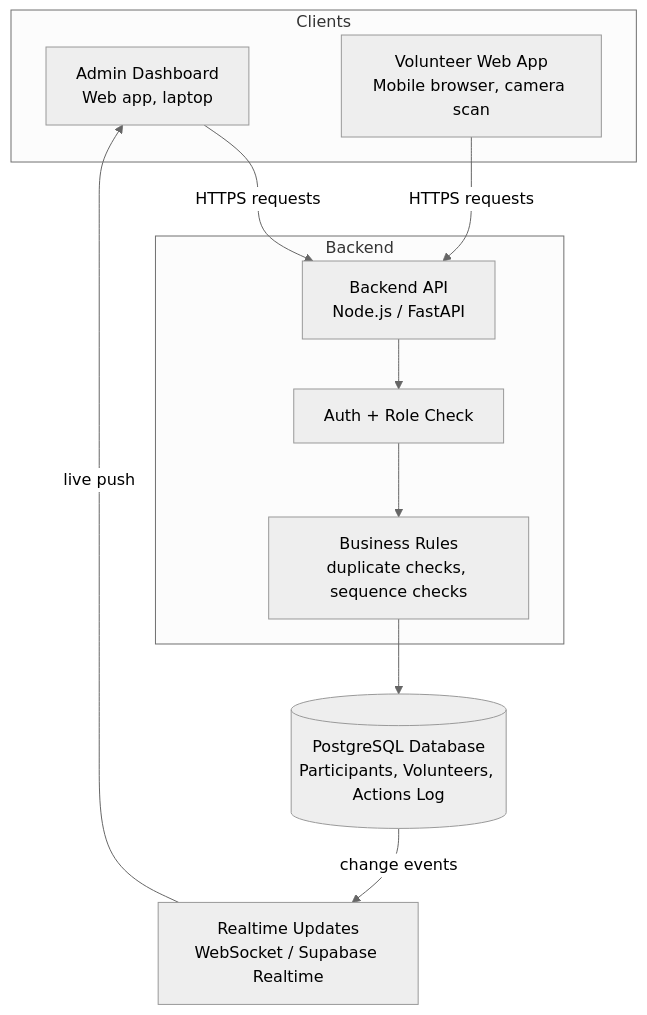
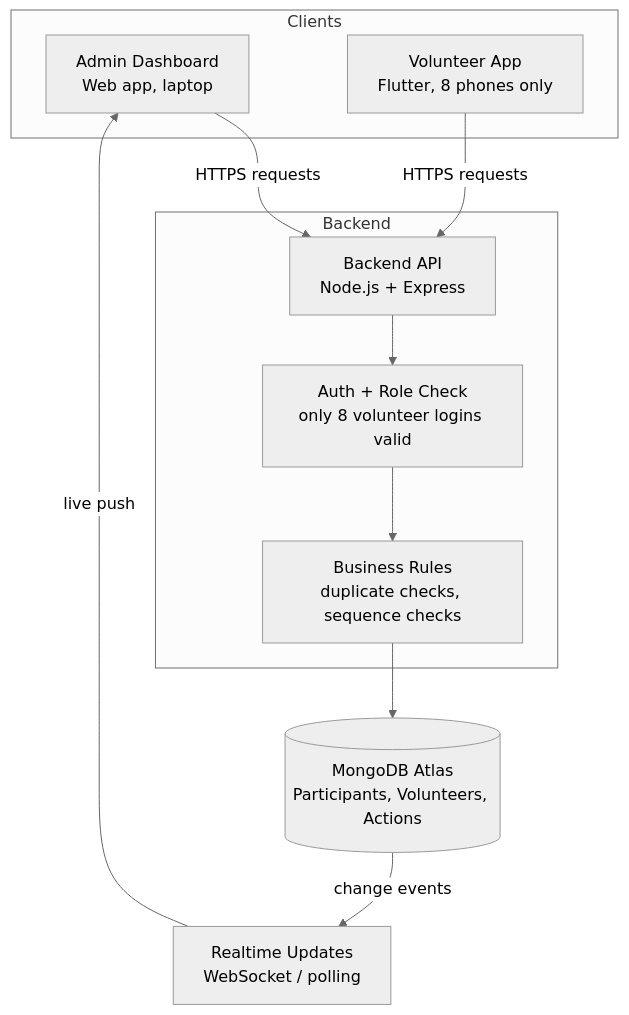
Before and after one commit to Prayas4590/TechForge2.0_App: diagram 17 of 22 in Event_Entry.md, drawn with Mermaid (neutral theme). The commit also changed other lines of this file, not shown here.

````diff
--- a/Event_Entry.md
+++ b/Event_Entry.md
@@ -870,22 +1463,22 @@
 ```mermaid
 flowchart TB
     subgraph Clients
         A[Admin Dashboard<br/>Web app, laptop]
-        V[Volunteer Web App<br/>Mobile browser, camera scan]
+        V[Volunteer App<br/>Flutter, 8 phones only]
     end
 
     subgraph Backend
-        API[Backend API<br/>Node.js / FastAPI]
-        AUTH[Auth + Role Check]
+        API[Backend API<br/>Node.js + Express]
+        AUTH[Auth + Role Check<br/>only 8 volunteer logins valid]
         LOGIC[Business Rules<br/>duplicate checks, sequence checks]
     end
 
-    DB[(PostgreSQL Database<br/>Participants, Volunteers, Actions Log)]
-    RT[Realtime Updates<br/>WebSocket / Supabase Realtime]
+    DB[(MongoDB Atlas<br/>Participants, Volunteers, Actions)]
+    RT[Realtime Updates<br/>WebSocket / polling]
 
     A -->|HTTPS requests| API
     V -->|HTTPS requests| API
     API --> AUTH --> LOGIC --> DB
     DB -->|change events| RT
     RT -->|live push| A
 ```
````
